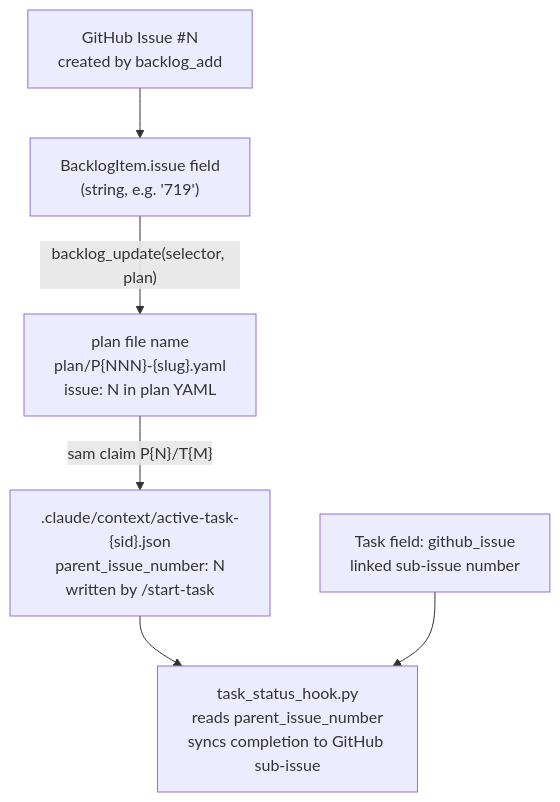
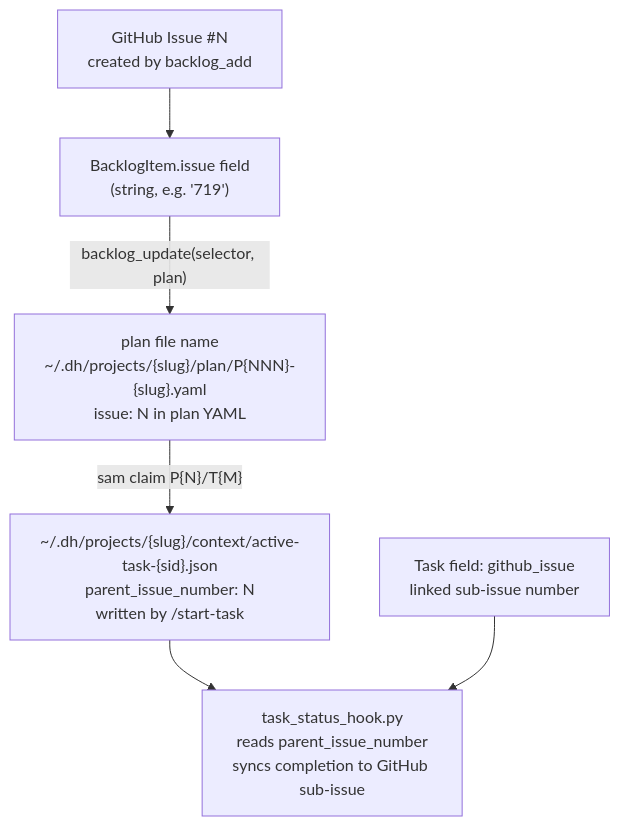
One commit to chgreer1070/claude_skills changed the third of 3 diagrams in plugins/development-harness/docs/workflow-architecture-diagram.md. Above: the diagram before and after it, drawn with Mermaid. The commit also changed other lines of this file and 42 other files, not shown here.

````diff
--- a/plugins/development-harness/docs/workflow-architecture-diagram.md
+++ b/plugins/development-harness/docs/workflow-architecture-diagram.md
@@ -280,14 +280,14 @@
 ```mermaid
 flowchart TD
     GH["GitHub Issue #N<br>created by backlog_add"]
     BI["BacklogItem.issue field<br>(string, e.g. '719')"]
-    PF["plan file name<br>plan/P{NNN}-{slug}.yaml<br>issue: N in plan YAML"]
-    CTX[".claude/context/active-task-{sid}.json<br>parent_issue_number: N<br>written by /start-task"]
+    PF["plan file name<br>~/.dh/projects/{slug}/plan/P{NNN}-{slug}.yaml<br>issue: N in plan YAML"]
+    CTX["~/.dh/projects/{slug}/context/active-task-{sid}.json<br>parent_issue_number: N<br>written by /start-task"]
     HOOK["task_status_hook.py<br>reads parent_issue_number<br>syncs completion to GitHub sub-issue"]
     TF["Task field: github_issue<br>linked sub-issue number"]
     GH --> BI
     BI -->|"backlog_update(selector, plan)"| PF
     PF -->|"sam claim P{N}/T{M}"| CTX
     CTX --> HOOK
     TF --> HOOK
 ```
````
